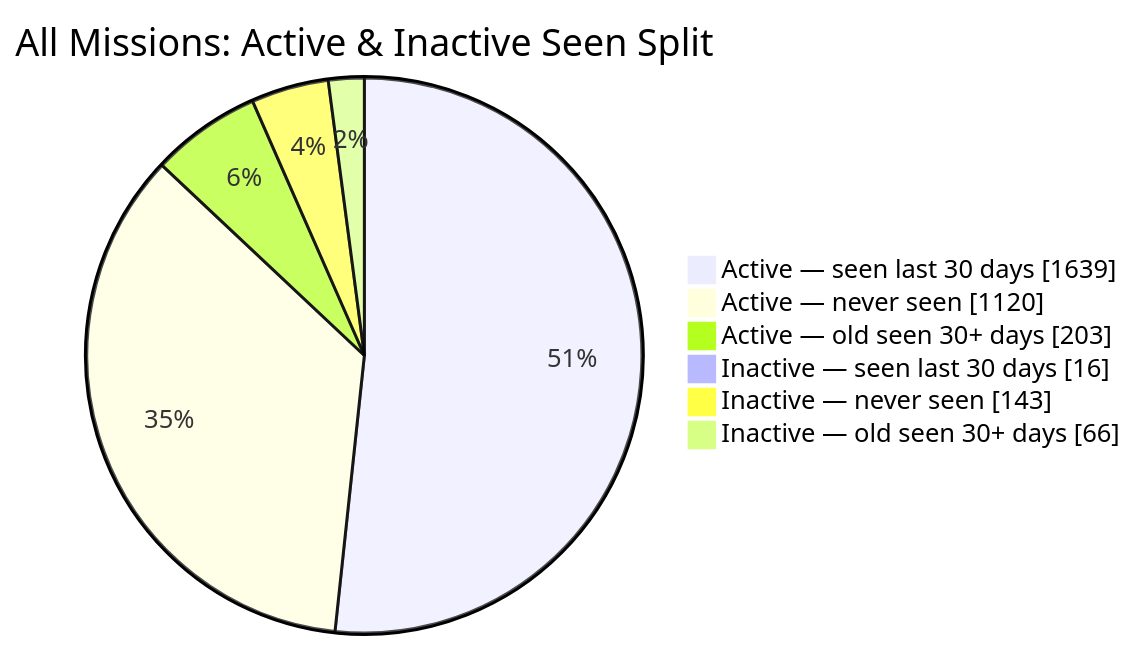
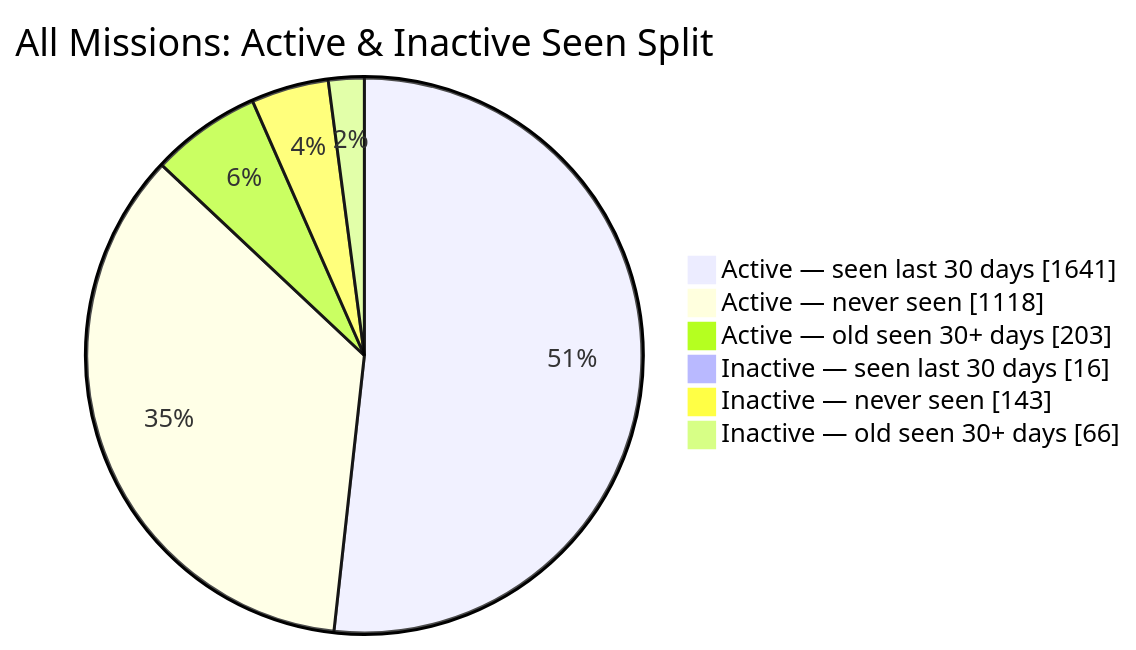
Before and after one commit to MeldkamerspelGameTeam/active-missions: the second of 2 diagrams in README.md, drawn with Mermaid. The commit also changed other lines of this file and 2 other files, not shown here.

````diff
--- a/README.md
+++ b/README.md
@@ -44,10 +44,10 @@
 ```mermaid
 pie showData
     title All Missions: Active & Inactive Seen Split
-    "Active — seen last 30 days" : 1639
-    "Active — never seen" : 1120
+    "Active — seen last 30 days" : 1641
+    "Active — never seen" : 1118
     "Active — old seen 30+ days" : 203
     "Inactive — seen last 30 days" : 16
     "Inactive — never seen" : 143
     "Inactive — old seen 30+ days" : 66
 ```
````
